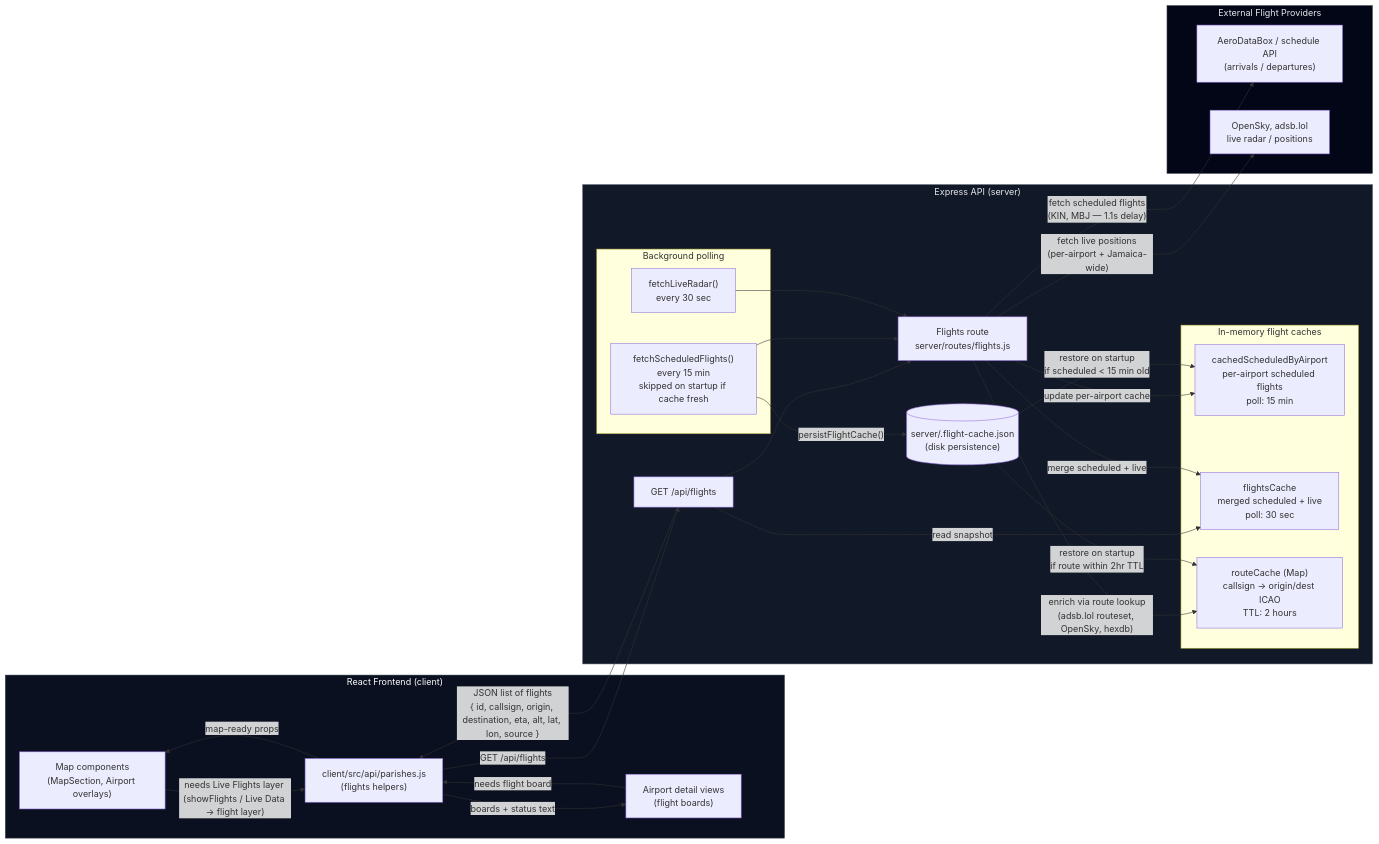
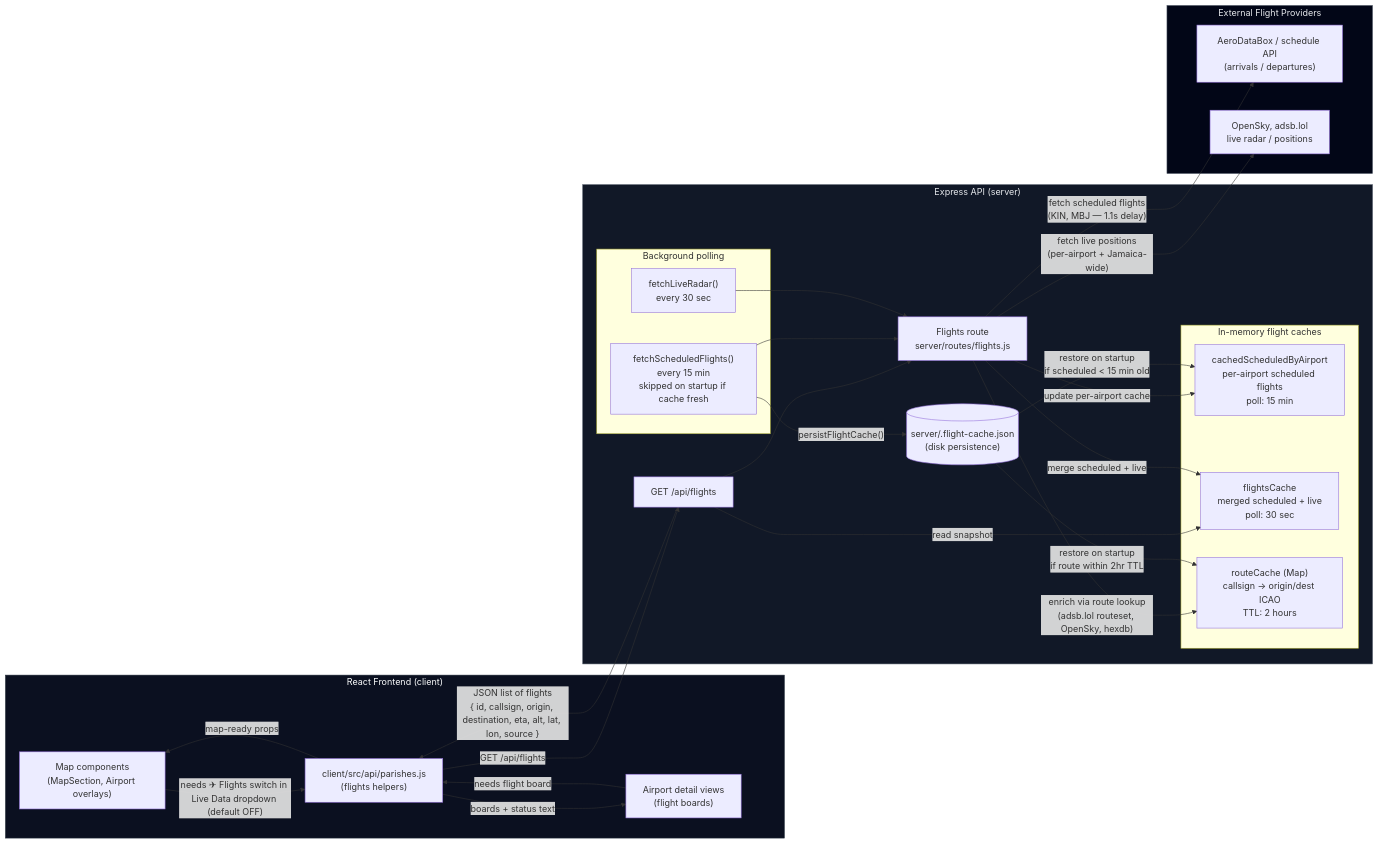
One commit to becomeonewiththecode/jamaica-parish-explorer changed the diagram in docs/FLIGHT-DATA-DIAGRAM.md. Above: the diagram before and after it, drawn with Mermaid. The commit also changed 7 other files, not shown here.

First line of the commit message:
Update Live Data dropdown and documentation

````diff
--- a/docs/FLIGHT-DATA-DIAGRAM.md
+++ b/docs/FLIGHT-DATA-DIAGRAM.md
@@ -5,73 +5,73 @@
 ```mermaid
 flowchart LR
   %% Frontend
   subgraph Frontend["React Frontend (client)"]
     Map["Map components<br/>(MapSection, Airport overlays)"]
     AirportViews["Airport detail views<br/>(flight boards)"]
     FlightsApiClient["client/src/api/parishes.js<br/>(flights helpers)"]
   end
 
   %% Backend
   subgraph Backend["Express API (server)"]
     FlightsRoute["Flights route<br/>server/routes/flights.js"]
     FlightsEndpoint["GET /api/flights"]
 
     subgraph FlightCache["In-memory flight caches"]
       ScheduledCache["cachedScheduledByAirport<br/>per-airport scheduled flights<br/>poll: 15 min"]
       LiveCache["flightsCache<br/>merged scheduled + live<br/>poll: 30 sec"]
       RouteCache["routeCache (Map)<br/>callsign → origin/dest ICAO<br/>TTL: 2 hours"]
     end
 
     DiskCache[("server/.flight-cache.json<br/>(disk persistence)")]
 
     subgraph FlightJobs["Background polling"]
       ScheduledPoll["fetchScheduledFlights()<br/>every 15 min<br/>skipped on startup if cache fresh"]
       LivePoll["fetchLiveRadar()<br/>every 30 sec"]
     end
   end
 
   %% External providers
   subgraph FlightProviders["External Flight Providers"]
     Sched["AeroDataBox / schedule API<br/>(arrivals / departures)"]
     Radar["OpenSky, adsb.lol<br/>live radar / positions"]
   end
 
   %% Frontend calls backend
-  Map -->|"needs Live Flights layer (showFlights / Live Data → flight layer)"| FlightsApiClient
+  Map -->|"needs ✈ Flights switch in Live Data dropdown (default OFF)"| FlightsApiClient
   AirportViews -->|"needs flight board"| FlightsApiClient
   FlightsApiClient -->|"GET /api/flights"| FlightsEndpoint
 
   %% Endpoint uses cache
   FlightsEndpoint -->|"read snapshot"| LiveCache
   FlightsEndpoint --> FlightsRoute
 
   %% Scheduled poll fetches from AeroDataBox (paid API)
   ScheduledPoll --> FlightsRoute
   FlightsRoute -->|"fetch scheduled flights<br/>(KIN, MBJ — 1.1s delay)"| Sched
   FlightsRoute -->|"update per-airport cache"| ScheduledCache
 
   %% Live poll fetches from free radar APIs
   LivePoll --> FlightsRoute
   FlightsRoute -->|"fetch live positions<br/>(per-airport + Jamaica-wide)"| Radar
   FlightsRoute -->|"enrich via route lookup<br/>(adsb.lol routeset, OpenSky, hexdb)"| RouteCache
   FlightsRoute -->|"merge scheduled + live"| LiveCache
 
   %% Disk persistence: scheduled + routes written after each scheduled fetch and every 5 min
   ScheduledPoll -->|"persistFlightCache()"| DiskCache
   DiskCache -->|"restore on startup<br/>if scheduled &lt; 15 min old"| ScheduledCache
   DiskCache -->|"restore on startup<br/>if route within 2hr TTL"| RouteCache
 
   %% Data back to frontend
   FlightsEndpoint -->|"JSON list of flights<br/>{ id, callsign, origin, destination, eta, alt, lat, lon, source }"| FlightsApiClient
   FlightsApiClient -->|"map-ready props"| Map
   FlightsApiClient -->|"boards + status text"| AirportViews
 
   %% Legend
   classDef frontend fill:#0b1020,stroke:#1f2937,color:#f9fafb;
   classDef backend fill:#111827,stroke:#4b5563,color:#e5e7eb;
   classDef external fill:#020617,stroke:#4b5563,color:#e5e7eb;
 
   class Frontend frontend;
   class Backend backend;
   class FlightProviders external;
 ```
````
